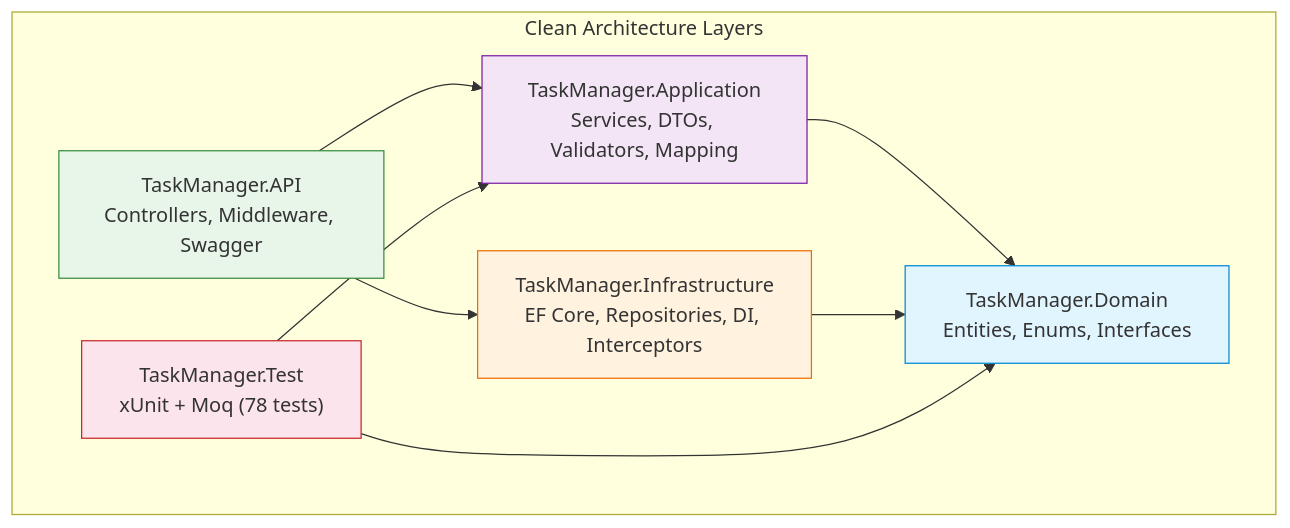
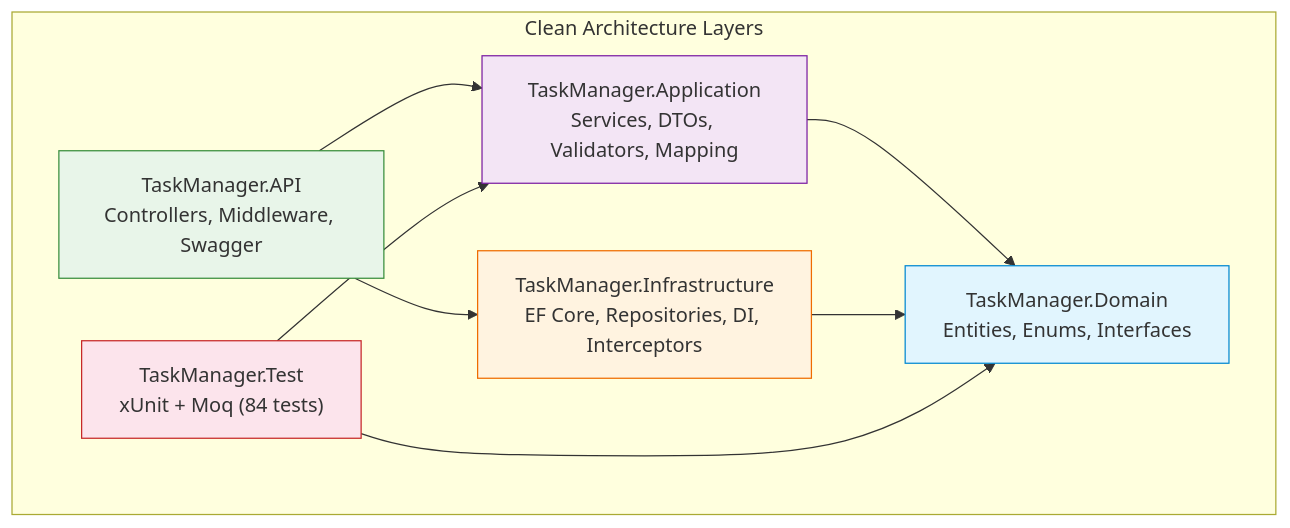
Before and after one commit to ezpectus/TaskManager_App.: the first of 3 diagrams in README.md, drawn with Mermaid. The commit also changed other lines of this file and 35 other files, not shown here.

````diff
--- a/README.md
+++ b/README.md
@@ -412,23 +433,23 @@
 ```mermaid
 graph TB
     subgraph "Clean Architecture Layers"
         API["TaskManager.API<br/>Controllers, Middleware, Swagger"]
         APP["TaskManager.Application<br/>Services, DTOs, Validators, Mapping"]
         INF["TaskManager.Infrastructure<br/>EF Core, Repositories, DI, Interceptors"]
         DOM["TaskManager.Domain<br/>Entities, Enums, Interfaces"]
-        TEST["TaskManager.Test<br/>xUnit + Moq (78 tests)"]
+        TEST["TaskManager.Test<br/>xUnit + Moq (84 tests)"]
     end
 
     API --> APP
     API --> INF
     APP --> DOM
     INF --> DOM
     TEST --> APP
     TEST --> DOM
 
     style DOM fill:#e1f5fe,stroke:#0288d1
     style APP fill:#f3e5f5,stroke:#7b1fa2
     style INF fill:#fff3e0,stroke:#ef6c00
     style API fill:#e8f5e9,stroke:#388e3c
     style TEST fill:#fce4ec,stroke:#c62828
 ```
````
